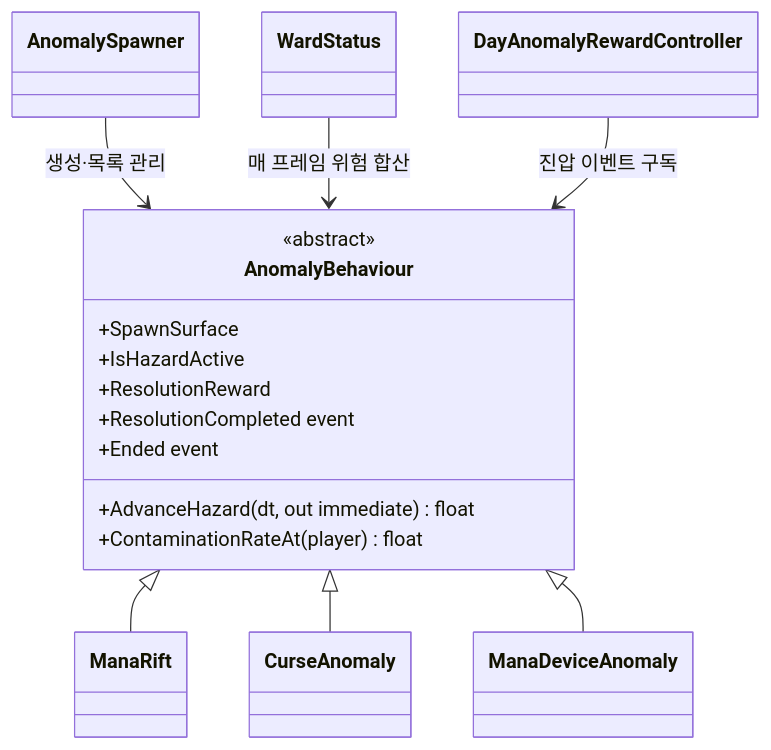
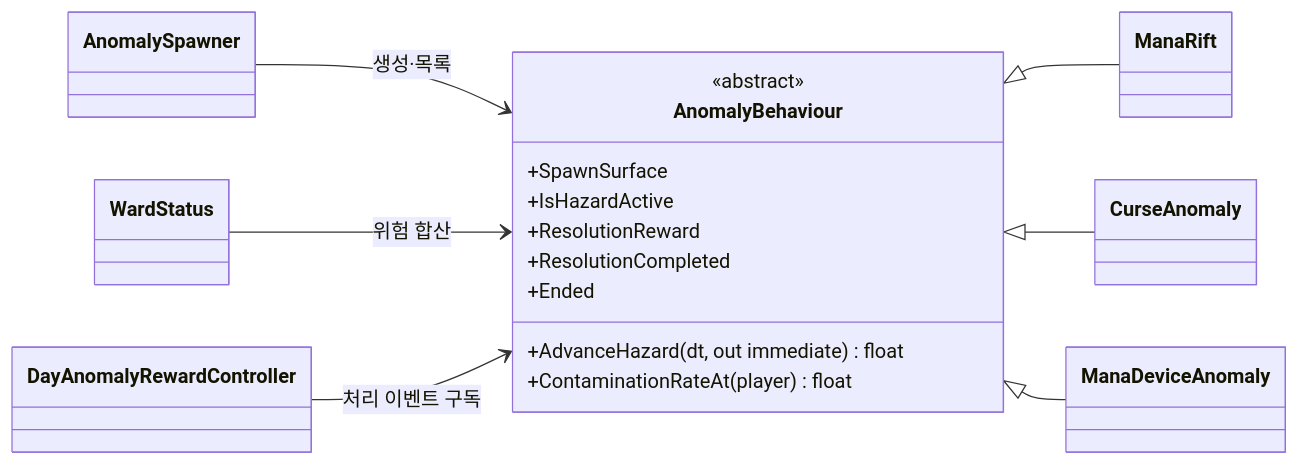
The fourth of 5 diagrams in src/3-arcane-shift/기술문서.md (ebsongg1/portfolio), drawn with Mermaid before and after one commit. The commit also changed other lines of this file and 46 other files, not shown here.

````diff
--- a/src/3-arcane-shift/기술문서.md
+++ b/src/3-arcane-shift/기술문서.md
@@ -307,19 +392,20 @@
 ```mermaid
 classDiagram
+    direction LR
     class AnomalyBehaviour {
         <<abstract>>
         +SpawnSurface
         +IsHazardActive
         +ResolutionReward
         +AdvanceHazard(dt, out immediate) float
         +ContaminationRateAt(player) float
-        +ResolutionCompleted event
-        +Ended event
+        +ResolutionCompleted
+        +Ended
     }
     AnomalyBehaviour <|-- ManaRift
     AnomalyBehaviour <|-- CurseAnomaly
     AnomalyBehaviour <|-- ManaDeviceAnomaly
-    AnomalySpawner --> AnomalyBehaviour : 생성·목록 관리
-    WardStatus --> AnomalyBehaviour : 매 프레임 위험 합산
-    DayAnomalyRewardController --> AnomalyBehaviour : 진압 이벤트 구독
+    AnomalySpawner --> AnomalyBehaviour : 생성·목록
+    WardStatus --> AnomalyBehaviour : 위험 합산
+    DayAnomalyRewardController --> AnomalyBehaviour : 처리 이벤트 구독
 ```
````
